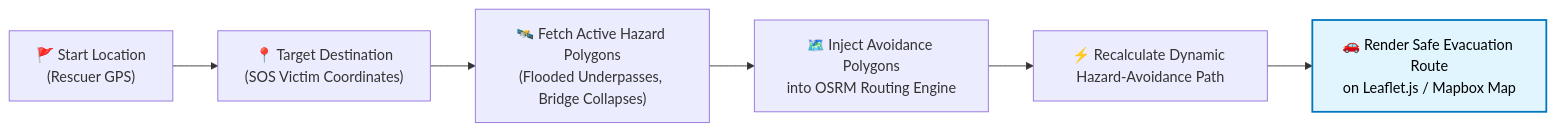
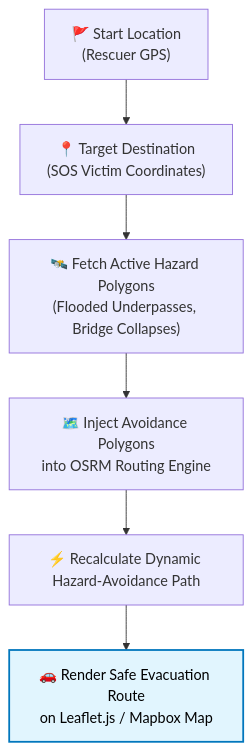
Before and after one commit to MrinallSamal-byte/SIH: the tenth of 10 diagrams in README.md, drawn with Mermaid. The commit also changed other lines of this file, not shown here.

Commit message:
fix: Change Detailed End-to-End System Architecture diagram orientation from flowchart LR to flowchart TD for full vertical responsiveness and large node text

````diff
--- a/README.md
+++ b/README.md
@@ -355,11 +355,11 @@
 ```mermaid
-flowchart LR
+flowchart TD
     A["🚩 Start Location\n(Rescuer GPS)"] --> B["📍 Target Destination\n(SOS Victim Coordinates)"]
     B --> C["🛰️ Fetch Active Hazard Polygons\n(Flooded Underpasses, Bridge Collapses)"]
     C --> D["🗺️ Inject Avoidance Polygons\ninto OSRM Routing Engine"]
     D --> E["⚡ Recalculate Dynamic Hazard-Avoidance Path"]
     E --> F["🚗 Render Safe Evacuation Route\non Leaflet.js / Mapbox Map"]
 
     classDef route fill:#e1f5fe,stroke:#0277bd,stroke-width:2px,color:#000000;
     class F route;
 ```
````
